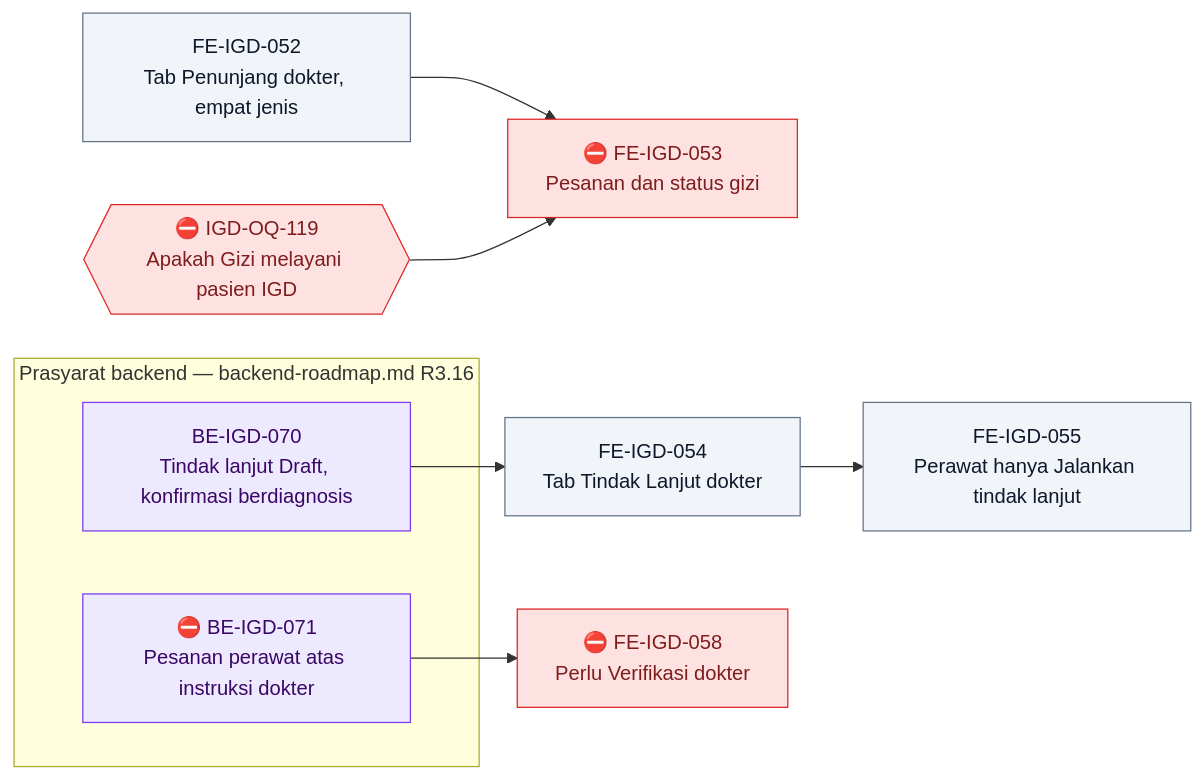
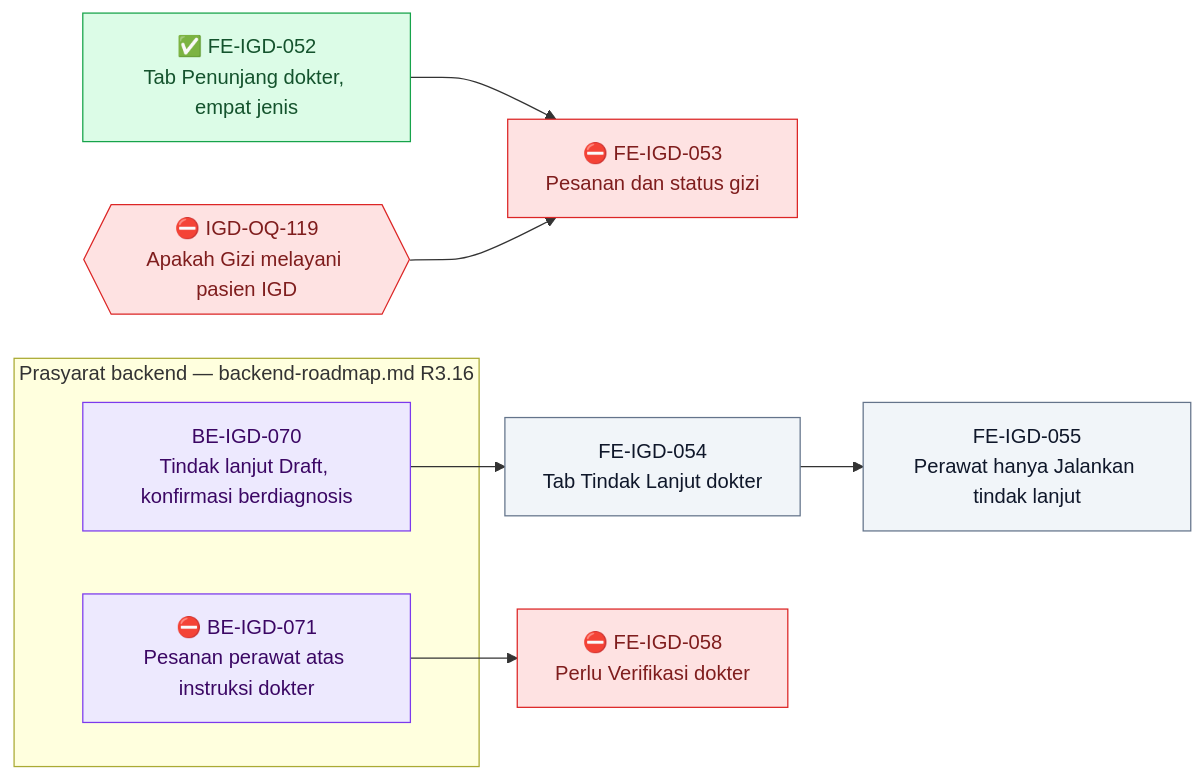
Diagram 17 of 19 in docs/module-blueprints/igd/roadmap/frontend-roadmap.md (DevBenari/NewQuilvianSystemBackend), drawn with Mermaid before and after one commit. The commit also changed other lines of this file and 4 other files, not shown here.

````diff
--- a/docs/module-blueprints/igd/roadmap/frontend-roadmap.md
+++ b/docs/module-blueprints/igd/roadmap/frontend-roadmap.md
@@ -2155,26 +2155,26 @@
 ```mermaid
 flowchart LR
     classDef selesai fill:#DCFCE7,stroke:#16A34A,color:#14532D
     classDef sebagian fill:#FEF9C3,stroke:#CA8A04,color:#713F12
     classDef terblokir fill:#FEE2E2,stroke:#DC2626,color:#7F1D1D
     classDef belum fill:#F1F5F9,stroke:#64748B,color:#0F172A
     classDef luar fill:#EDE9FE,stroke:#7C3AED,color:#3B0764
 
     subgraph backend1403["Prasyarat backend — backend-roadmap.md R3.16"]
         BEIGD070D["BE-IGD-070<br/>Tindak lanjut Draft, konfirmasi berdiagnosis"]:::luar
         BEIGD071D["⛔ BE-IGD-071<br/>Pesanan perawat atas instruksi dokter"]:::luar
     end
 
     OQIGD119{{"⛔ IGD-OQ-119<br/>Apakah Gizi melayani pasien IGD"}}:::terblokir
-    FEIGD052["FE-IGD-052<br/>Tab Penunjang dokter, empat jenis"]:::belum
+    FEIGD052["✅ FE-IGD-052<br/>Tab Penunjang dokter, empat jenis"]:::selesai
     FEIGD053["⛔ FE-IGD-053<br/>Pesanan dan status gizi"]:::terblokir
     FEIGD054["FE-IGD-054<br/>Tab Tindak Lanjut dokter"]:::belum
     FEIGD055["FE-IGD-055<br/>Perawat hanya Jalankan tindak lanjut"]:::belum
     FEIGD058["⛔ FE-IGD-058<br/>Perlu Verifikasi dokter"]:::terblokir
 
     FEIGD052 --> FEIGD053
     OQIGD119 --> FEIGD053
     BEIGD070D --> FEIGD054
     FEIGD054 --> FEIGD055
     BEIGD071D --> FEIGD058
 ```
````
